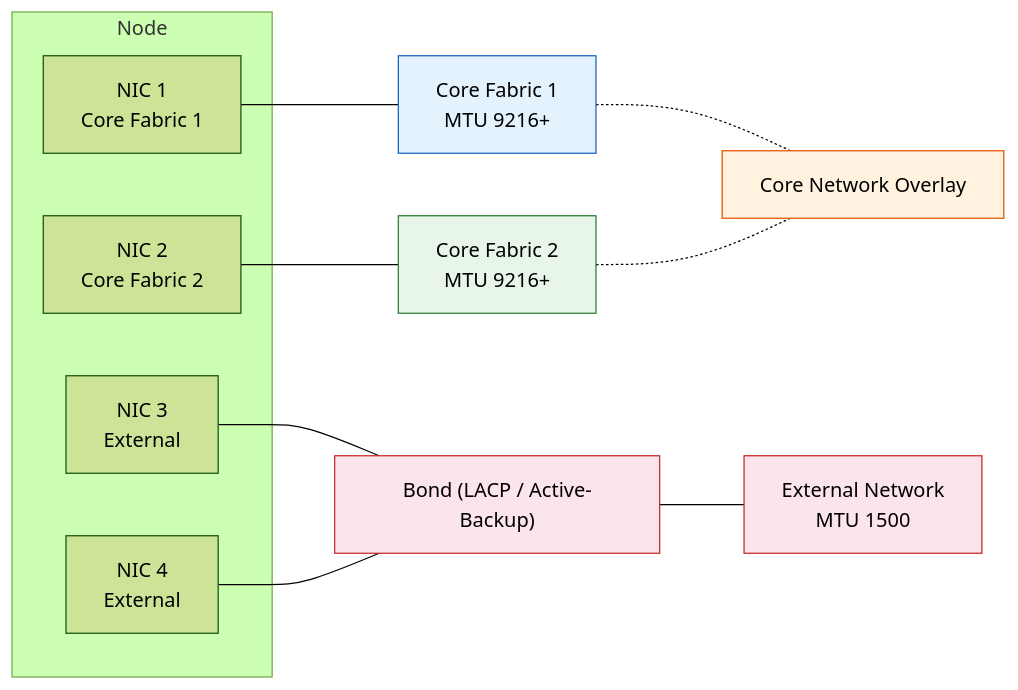
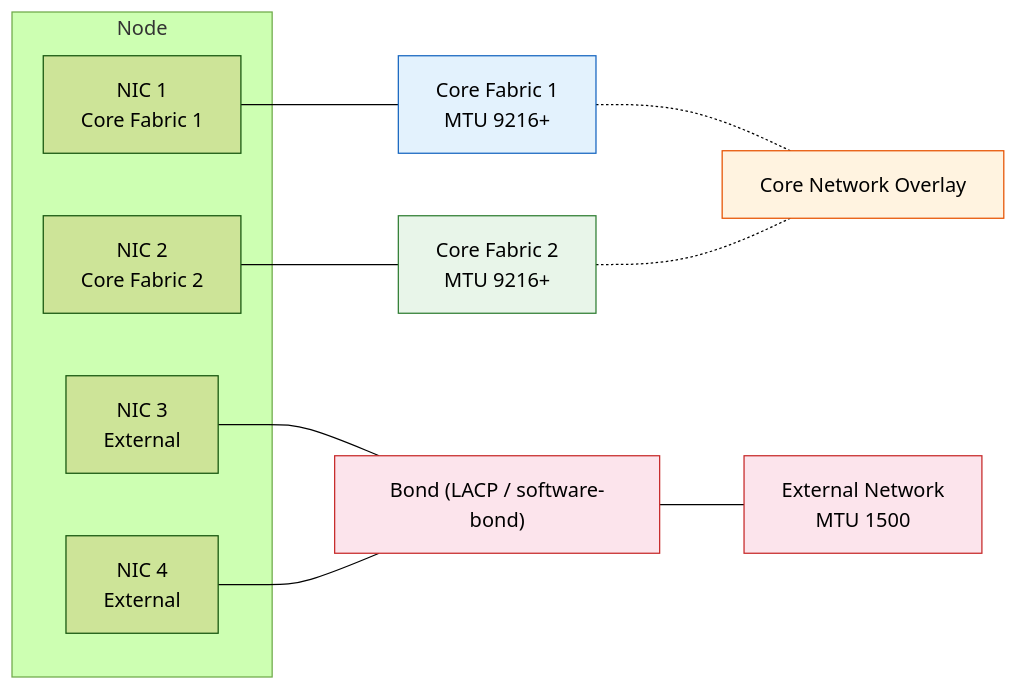
One commit to verge-io/docs-vergeos changed the third of 4 diagrams in learn/01-architecture/04-core-fabric.md. Above: the diagram before and after it, drawn with Mermaid (forest theme). The commit also changed other lines of this file and 8 other files, not shown here.

````diff
--- a/learn/01-architecture/04-core-fabric.md
+++ b/learn/01-architecture/04-core-fabric.md
@@ -148,23 +148,23 @@
 ```mermaid
 graph LR
     subgraph "Node"
         NIC1["NIC 1<br/>Core Fabric 1"]
         NIC2["NIC 2<br/>Core Fabric 2"]
         NIC3["NIC 3<br/>External"]
         NIC4["NIC 4<br/>External"]
     end
 
     NIC1 --- CF1["Core Fabric 1<br/>MTU 9216+"]
     NIC2 --- CF2["Core Fabric 2<br/>MTU 9216+"]
-    NIC3 --- BOND["Bond (LACP / Active-Backup)"]
+    NIC3 --- BOND["Bond (LACP / software-bond)"]
     NIC4 --- BOND
     BOND --- EXT["External Network<br/>MTU 1500"]
     CF1 -.- CORE["Core Network Overlay"]
     CF2 -.- CORE
 
     style EXT fill:#fce4ec,stroke:#c62828
     style BOND fill:#fce4ec,stroke:#c62828
     style CF1 fill:#e3f2fd,stroke:#1565c0
     style CF2 fill:#e8f5e9,stroke:#2e7d32
     style CORE fill:#fff3e0,stroke:#e65100
 ```
````
